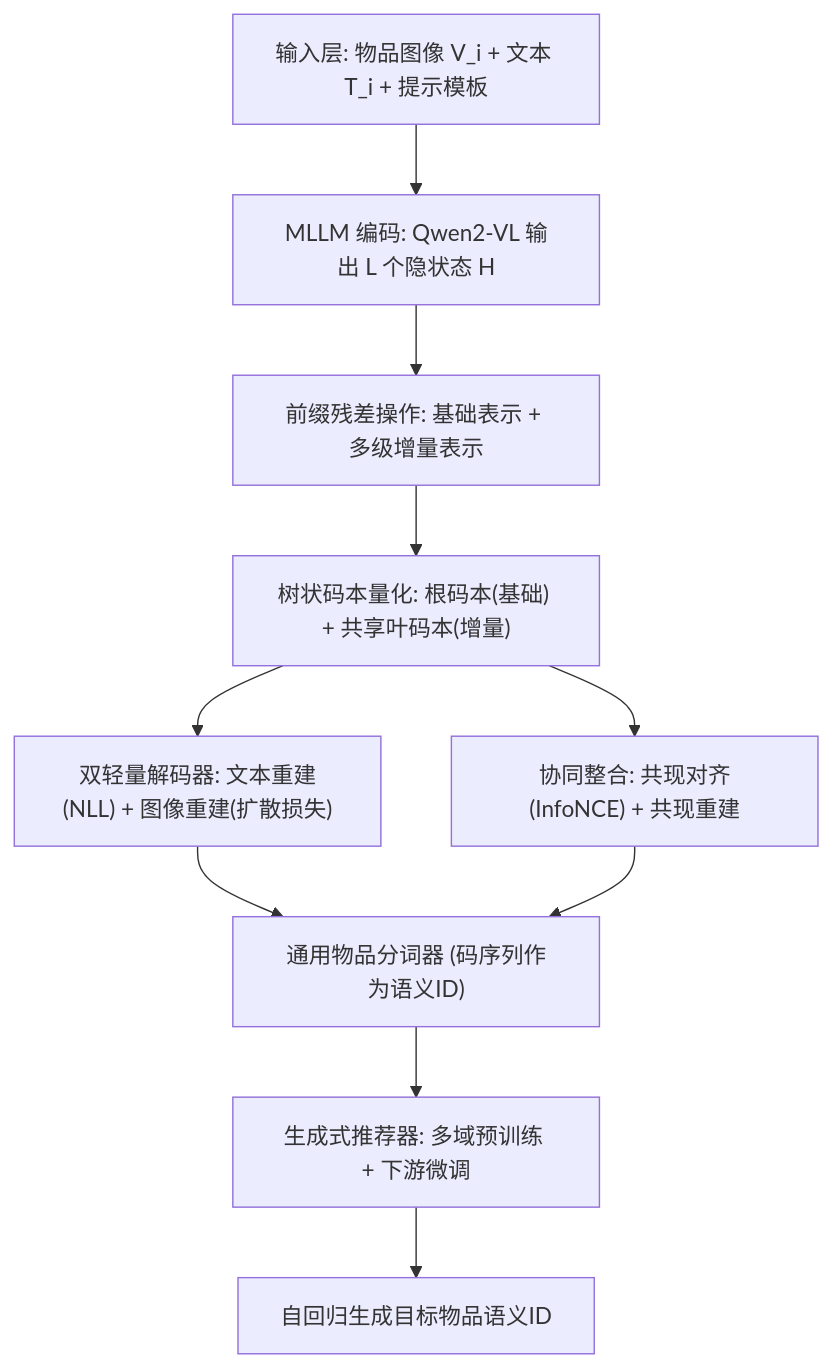
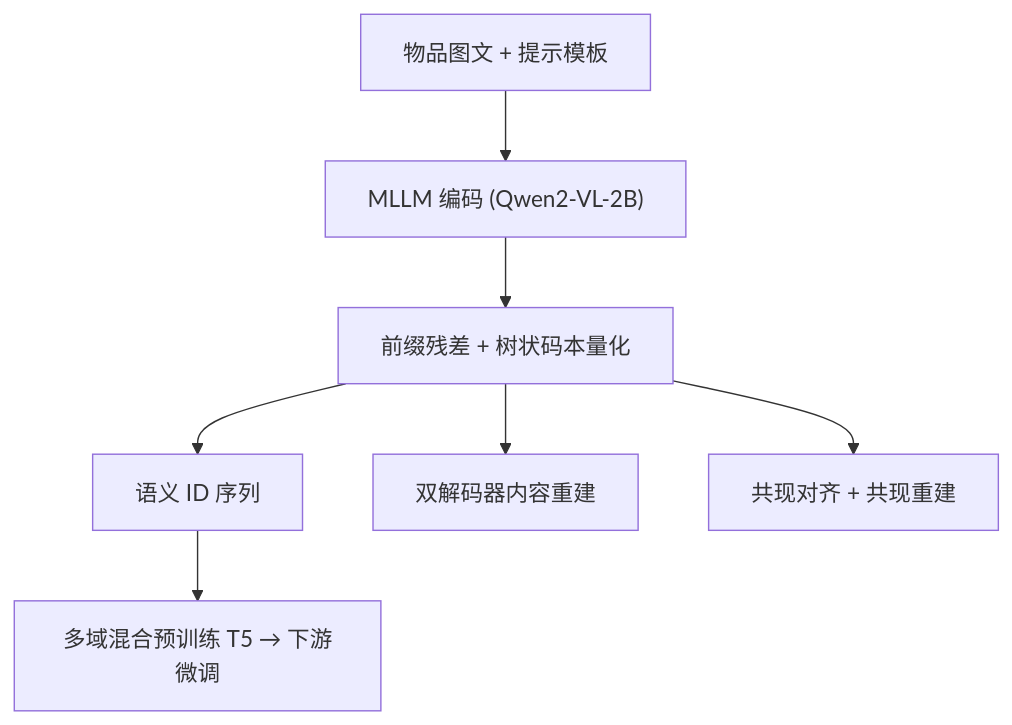
Before and after one commit to jbdcia321vw/Paper-Notes: the diagram in docs/venues/SIGIR/2026/generative_rec/universal_item_tokenization_for_transferable_generative_recommendation.md, drawn with Mermaid. The commit also changed other lines of this file and 1119 other files, not shown here.

````diff
--- a/docs/venues/SIGIR/2026/generative_rec/universal_item_tokenization_for_transferable_generative_recommendation.md
+++ b/docs/venues/SIGIR/2026/generative_rec/universal_item_tokenization_for_transferable_generative_recommendation.md
@@ -57,12 +47,9 @@
 ```mermaid
 flowchart TD
-    A["输入层: 物品图像 V_i + 文本 T_i + 提示模板"] --> B["MLLM 编码: Qwen2-VL 输出 L 个隐状态 H"]
-    B --> C["前缀残差操作: 基础表示 + 多级增量表示"]
-    C --> D["树状码本量化: 根码本(基础) + 共享叶码本(增量)"]
-    D --> E["双轻量解码器: 文本重建(NLL) + 图像重建(扩散损失)"]
-    D --> F["协同整合: 共现对齐(InfoNCE) + 共现重建"]
-    E --> G["通用物品分词器 (码序列作为语义ID)"]
-    F --> G
-    G --> H["生成式推荐器: 多域预训练 + 下游微调"]
-    H --> I["自回归生成目标物品语义ID"]
+    A["物品图文 + 提示模板"] --> B["MLLM 编码 (Qwen2-VL-2B)"]
+    B --> C["前缀残差 + 树状码本量化"]
+    C --> D["语义 ID 序列"]
+    C --> E["双解码器内容重建"]
+    C --> F["共现对齐 + 共现重建"]
+    D --> G["多域混合预训练 T5 → 下游微调"]
 ```
````
